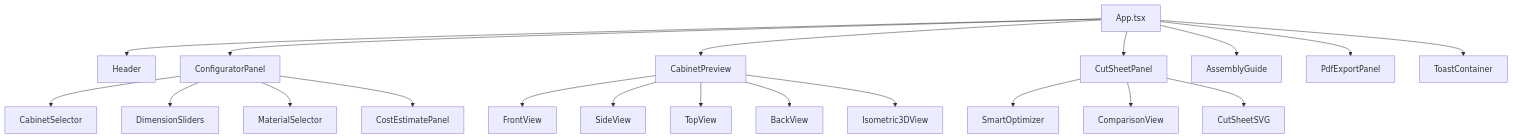
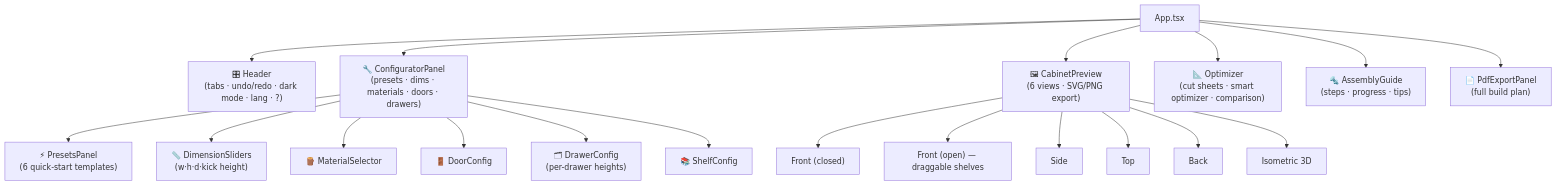
Before and after one commit to RajwanYair/WoodworkingShop: the second of 4 diagrams in docs/ARCHITECTURE.md, drawn with Mermaid. The commit also changed other lines of this file and 11 other files, not shown here.

````diff
--- a/docs/ARCHITECTURE.md
+++ b/docs/ARCHITECTURE.md
@@ -131,26 +137,24 @@
 ```mermaid
 graph TD
   App[App.tsx]
-  App --> Header[Header]
-  App --> Sidebar[ConfiguratorPanel]
-  App --> Preview[CabinetPreview]
-  App --> Optimizer[CutSheetPanel]
-  App --> Assembly[AssemblyGuide]
-  App --> PDF[PdfExportPanel]
-  App --> Toast[ToastContainer]
+  App --> Header["🎛 Header\n(tabs · undo/redo · dark mode · lang · ?)"]
+  App --> Sidebar["🔧 ConfiguratorPanel\n(presets · dims · materials · doors · drawers)"]
+  App --> Preview["🖼 CabinetPreview\n(6 views · SVG/PNG export)"]
+  App --> Optimizer["📐 Optimizer\n(cut sheets · smart optimizer · comparison)"]
+  App --> Assembly["🔩 AssemblyGuide\n(steps · progress · tips)"]
+  App --> PDF["📄 PdfExportPanel\n(full build plan)"]
 
-  Sidebar --> CabSel[CabinetSelector]
-  Sidebar --> DimSliders[DimensionSliders]
-  Sidebar --> MatSel[MaterialSelector]
-  Sidebar --> CostPanel[CostEstimatePanel]
+  Sidebar --> PresetsPanel["⚡ PresetsPanel\n(6 quick-start templates)"]
+  Sidebar --> DimSliders["📏 DimensionSliders\n(w·h·d·kick height)"]
+  Sidebar --> MatSel["🪵 MaterialSelector"]
+  Sidebar --> DoorConfig["🚪 DoorConfig"]
+  Sidebar --> DrawerConfig["🗂 DrawerConfig\n(per-drawer heights)"]
+  Sidebar --> ShelfConfig["📚 ShelfConfig"]
 
-  Preview --> FrontView[FrontView]
-  Preview --> SideView[SideView]
-  Preview --> TopView[TopView]
-  Preview --> BackView[BackView]
-  Preview --> Iso3D[Isometric3DView]
-
-  Optimizer --> SmartOpt[SmartOptimizer]
-  Optimizer --> Compare[ComparisonView]
-  Optimizer --> CutSheet[CutSheetSVG]
+  Preview --> FrontClosed["Front (closed)"]
+  Preview --> FrontOpen["Front (open) — draggable shelves"]
+  Preview --> SideView["Side"]
+  Preview --> TopView["Top"]
+  Preview --> BackView["Back"]
+  Preview --> Iso3D["Isometric 3D"]
 ```
````
